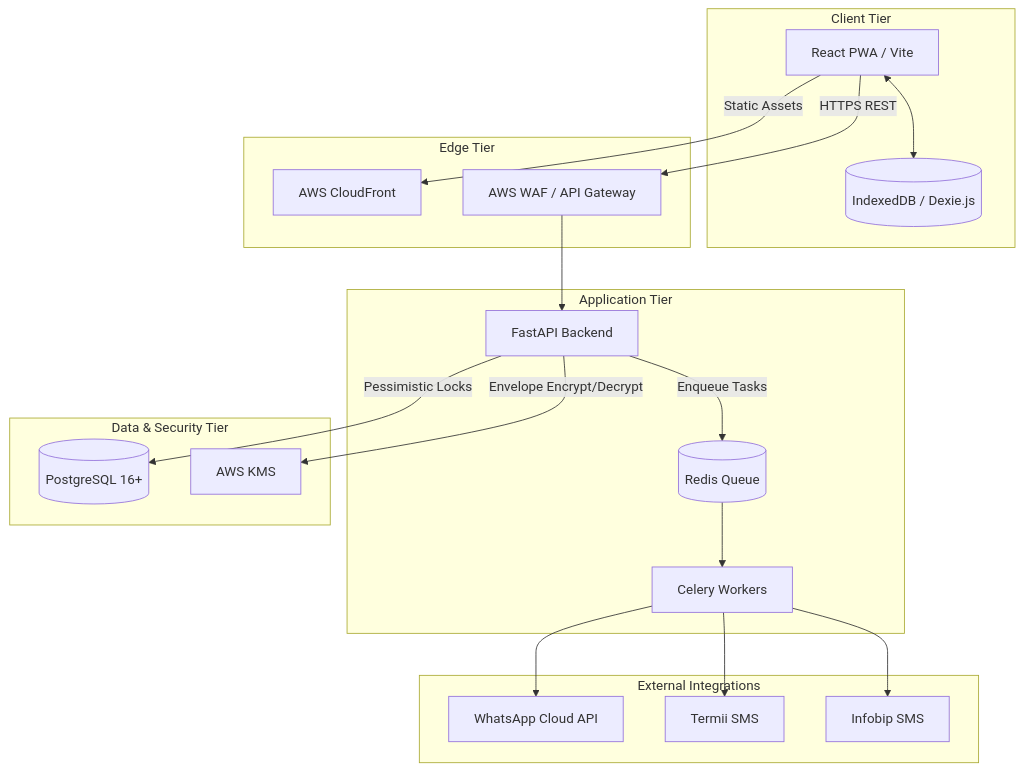
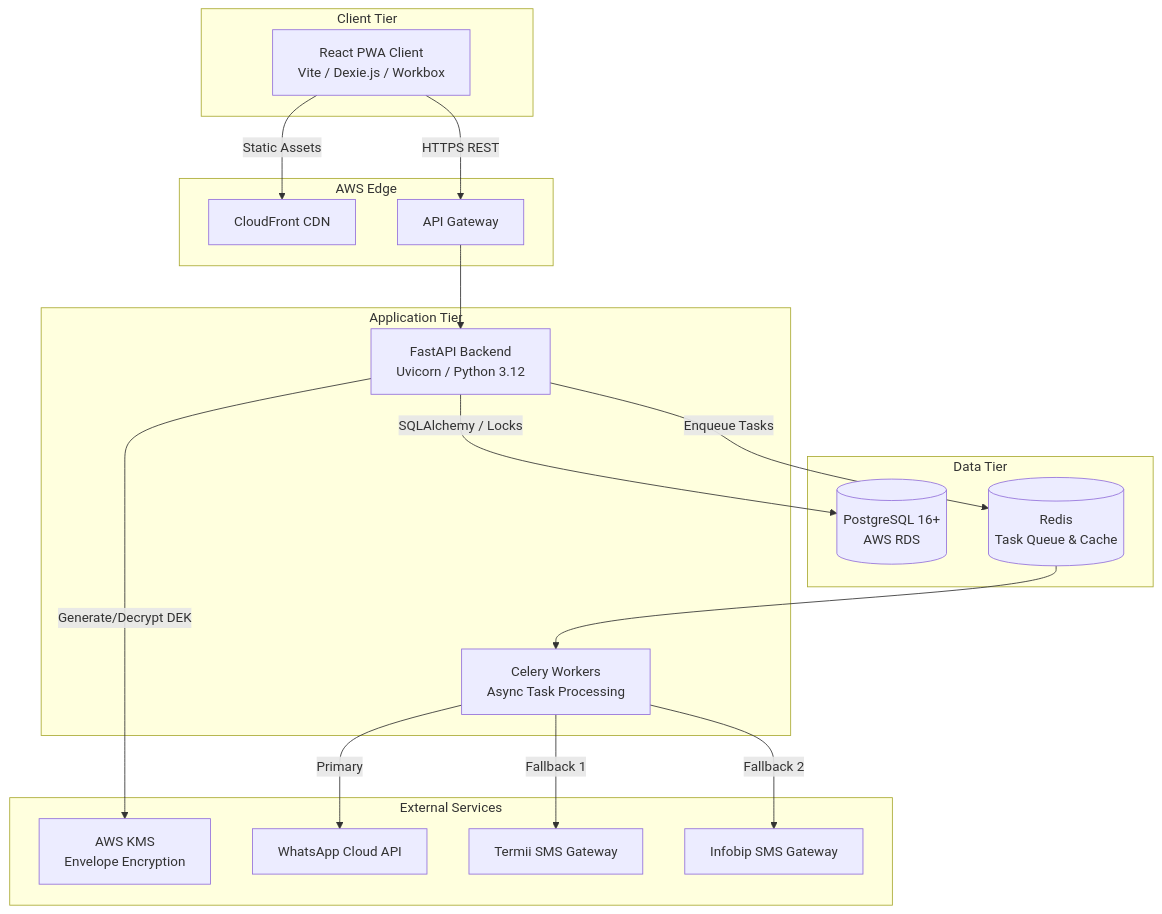
The diagram in implementation-plan.md (eecheonwu/cmp), drawn with Mermaid before and after one commit. The commit also changed other lines of this file and 2 other files, not shown here.

````diff
--- a/implementation-plan.md
+++ b/implementation-plan.md
@@ -31,41 +23,39 @@
 ```mermaid
 graph TD
     subgraph Client Tier
-        PWA[React PWA / Vite]
-        Cache[(IndexedDB / Dexie.js)]
-        PWA <--> Cache
+        PWA[React PWA Client<br/>Vite / Dexie.js / Workbox]
     end
 
-    subgraph Edge Tier
-        CDN[AWS CloudFront]
-        WAF[AWS WAF / API Gateway]
+    subgraph AWS Edge
+        CDN[CloudFront CDN]
+        APIGW[API Gateway]
     end
 
     subgraph Application Tier
-        API[FastAPI Backend]
-        Workers[Celery Workers]
-        Redis[(Redis Queue)]
+        FastAPI[FastAPI Backend<br/>Uvicorn / Python 3.12]
+        Celery[Celery Workers<br/>Async Task Processing]
     end
 
-    subgraph Data & Security Tier
-        DB[(PostgreSQL 16+)]
-        KMS[AWS KMS]
+    subgraph Data Tier
+        RDS[(PostgreSQL 16+<br/>AWS RDS)]
+        Redis[(Redis<br/>Task Queue & Cache)]
     end
 
-    subgraph External Integrations
+    subgraph External Services
+        KMS[AWS KMS<br/>Envelope Encryption]
         WA[WhatsApp Cloud API]
-        Termii[Termii SMS]
-        Infobip[Infobip SMS]
+        Termii[Termii SMS Gateway]
+        Infobip[Infobip SMS Gateway]
     end
 
     PWA -->|Static Assets| CDN
-    PWA -->|HTTPS REST| WAF
-    WAF --> API
-    API -->|Pessimistic Locks| DB
-    API -->|Envelope Encrypt/Decrypt| KMS
-    API -->|Enqueue Tasks| Redis
-    Redis --> Workers
-    Workers --> WA
-    Workers --> Termii
-    Workers --> Infobip
+    PWA -->|HTTPS REST| APIGW
+    APIGW --> FastAPI
+    FastAPI -->|SQLAlchemy / Locks| RDS
+    FastAPI -->|Generate/Decrypt DEK| KMS
+    FastAPI -->|Enqueue Tasks| Redis
+    Redis --> Celery
+    Celery -->|Primary| WA
+    Celery -->|Fallback 1| Termii
+    Celery -->|Fallback 2| Infobip
 ```
````
